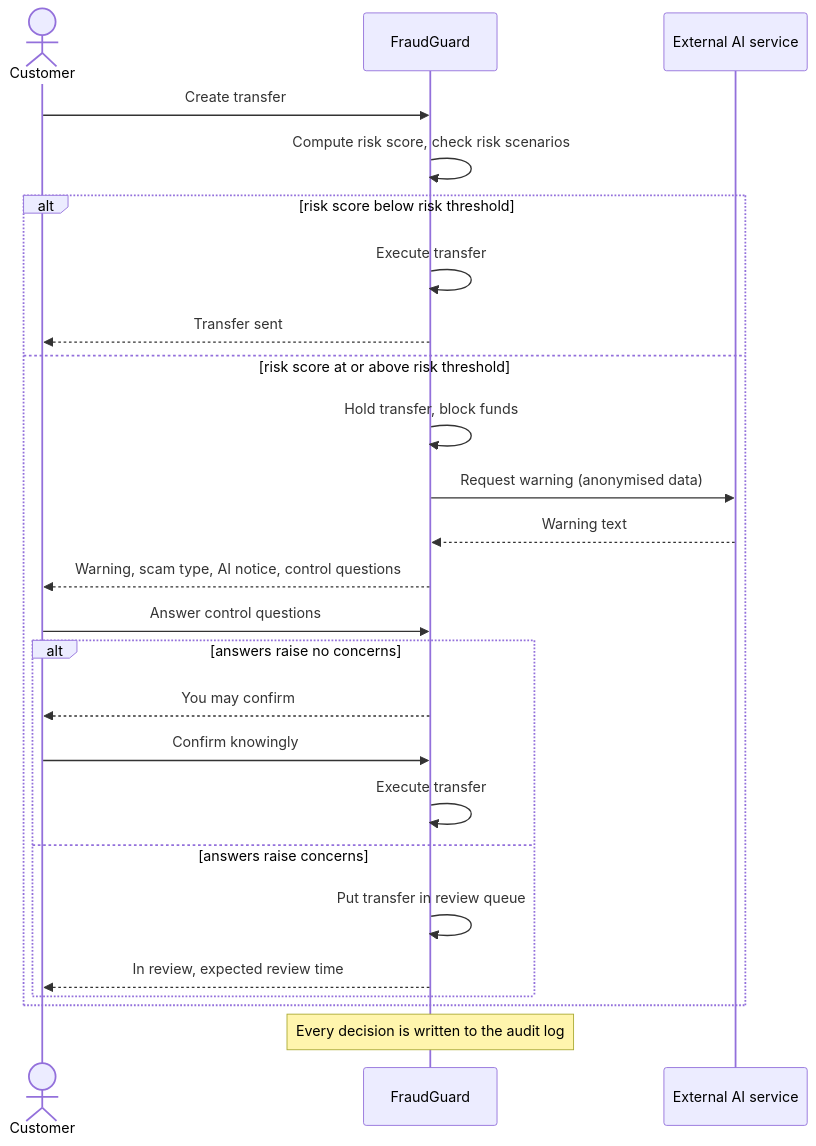
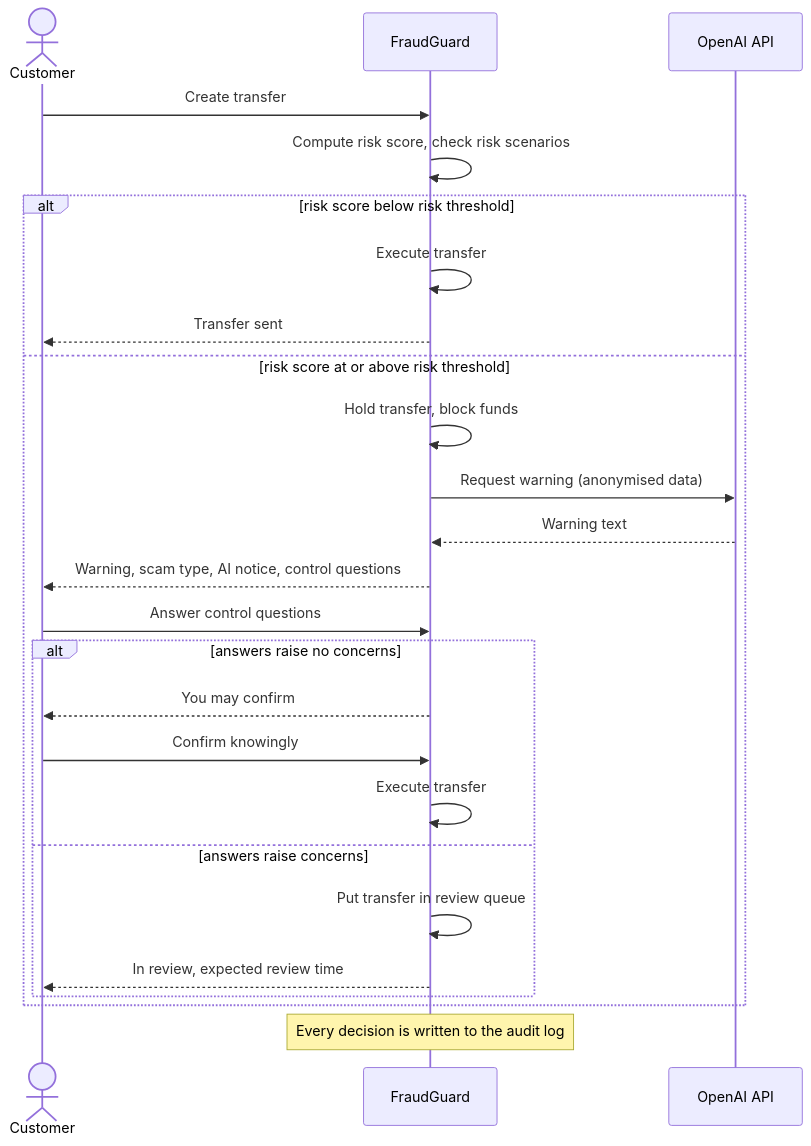
The fourth of 6 diagrams in docs/architecture.md (micha1bak/FraudGuard), drawn with Mermaid before and after one commit. The commit also changed other lines of this file, not shown here.

First line of the commit message:
docs: update architecture for the chosen stack

````diff
--- a/docs/architecture.md
+++ b/docs/architecture.md
@@ -92,27 +172,27 @@
 ```mermaid
 sequenceDiagram
   actor C as Customer
   participant F as FraudGuard
-  participant AI as External AI service
+  participant AI as OpenAI API
   C->>F: Create transfer
   F->>F: Compute risk score, check risk scenarios
   alt risk score below risk threshold
     F->>F: Execute transfer
     F-->>C: Transfer sent
   else risk score at or above risk threshold
     F->>F: Hold transfer, block funds
     F->>AI: Request warning (anonymised data)
     AI-->>F: Warning text
     F-->>C: Warning, scam type, AI notice, control questions
     C->>F: Answer control questions
     alt answers raise no concerns
       F-->>C: You may confirm
       C->>F: Confirm knowingly
       F->>F: Execute transfer
     else answers raise concerns
       F->>F: Put transfer in review queue
       F-->>C: In review, expected review time
     end
   end
   Note over F: Every decision is written to the audit log
 ```
````
